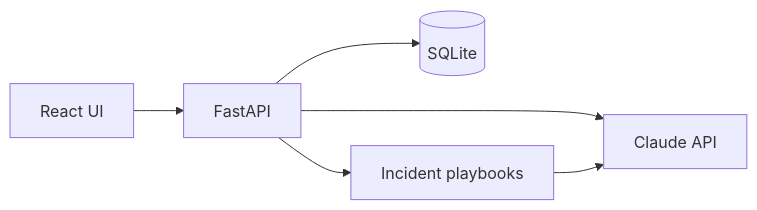
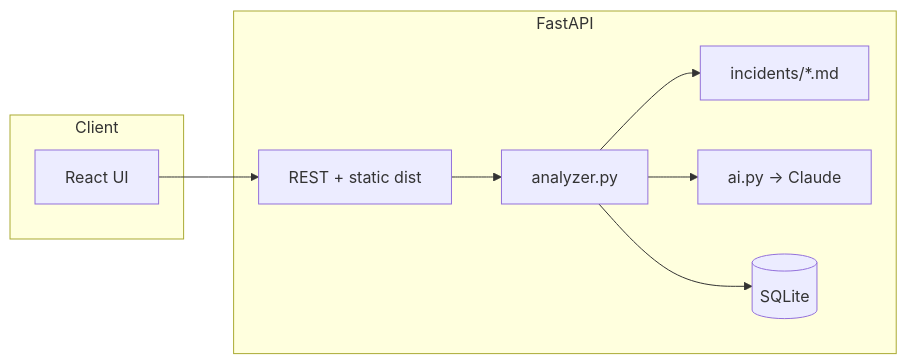
Before and after one commit to manavmalavia18/DebugPilot: the first of 2 diagrams in README.md, drawn with Mermaid. The commit also changed other lines of this file, not shown here.

````diff
--- a/README.md
+++ b/README.md
@@ -157,8 +173,18 @@
 ```mermaid
 flowchart LR
-  UI[React UI] --> API[FastAPI]
-  API --> AI[Claude API]
-  API --> DB[(SQLite)]
-  API --> PB[Incident playbooks]
-  PB --> AI
+  subgraph client [Client]
+    UI[React UI]
+  end
+  subgraph api [FastAPI]
+    Routes[REST + static dist]
+    Analyzer[analyzer.py]
+    Playbooks[incidents/*.md]
+    AI[ai.py → Claude]
+    DB[(SQLite)]
+  end
+  UI --> Routes
+  Routes --> Analyzer
+  Analyzer --> Playbooks
+  Analyzer --> AI
+  Analyzer --> DB
 ```
````
